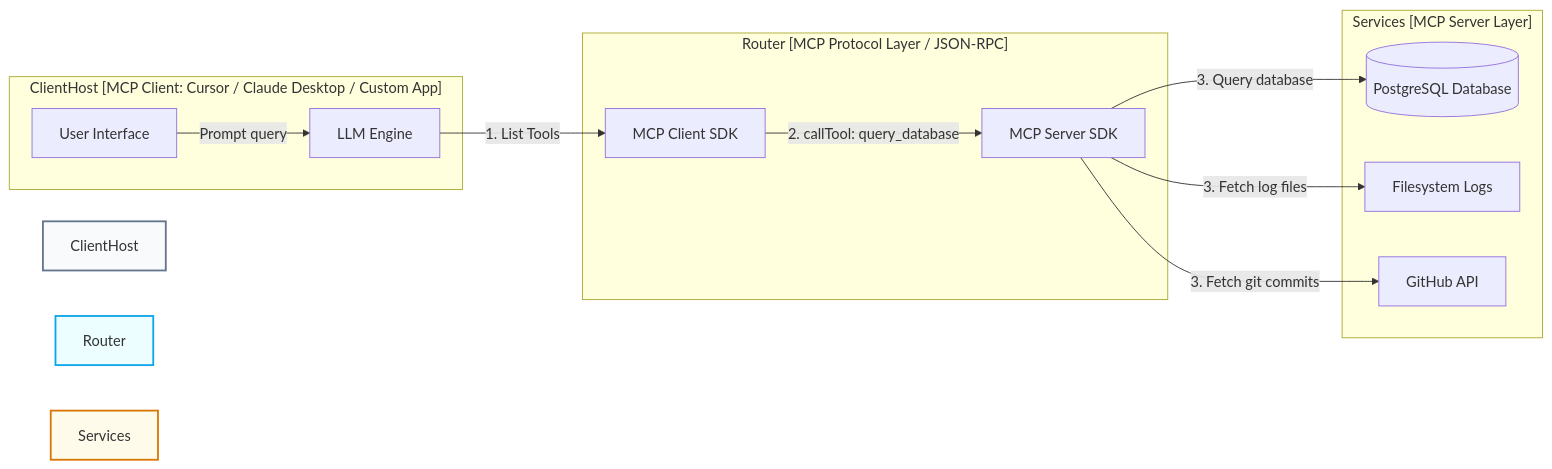
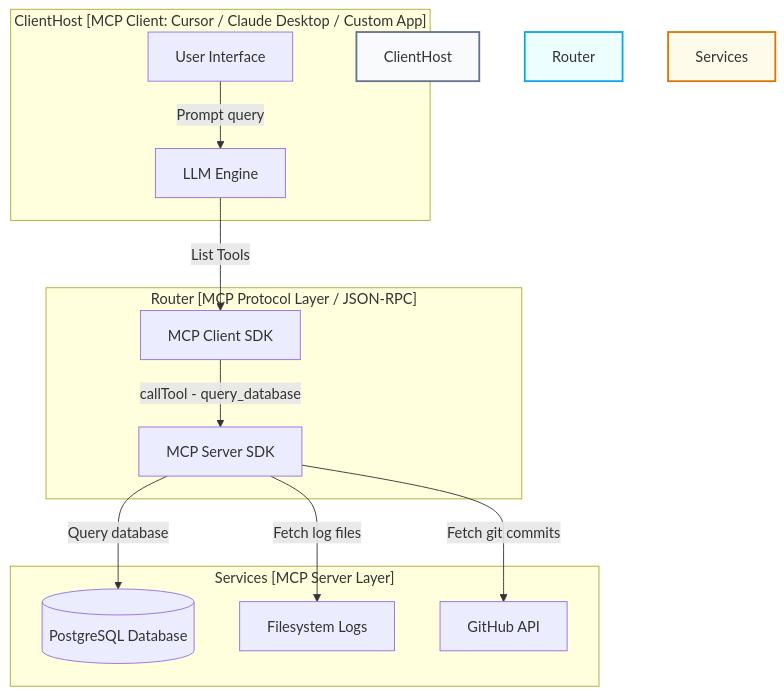
Before and after one commit to akmalkhaniub/akmalkhaniub.github.io: the diagram in blog/posts/model-context-protocol-mcp-usb-c.md, drawn with Mermaid. The commit also changed 411 other files, not shown here.

````diff
--- a/blog/posts/model-context-protocol-mcp-usb-c.md
+++ b/blog/posts/model-context-protocol-mcp-usb-c.md
@@ -24,21 +24,21 @@
 ```mermaid
-graph LR
+flowchart TD
     subgraph SG1_ClienthostMcpClient ["ClientHost [MCP Client: Cursor / Claude Desktop / Custom App]"]
         User[User Interface] -->|Prompt query| ModelEngine[LLM Engine]
     end
 
     subgraph SG2_RouterMcpProtocol ["Router [MCP Protocol Layer / JSON-RPC]"]
-        ModelEngine -->|1. List Tools| MCPClient[MCP Client SDK]
-        MCPClient -->|2. callTool: query_database| MCPServer[MCP Server SDK]
+        ModelEngine -->|List Tools| MCPClient[MCP Client SDK]
+        MCPClient -->|callTool - query_database| MCPServer[MCP Server SDK]
     end
 
     subgraph SG3_ServicesMcpServer ["Services [MCP Server Layer]"]
-        MCPServer -->|3. Query database| DB[(PostgreSQL Database)]
-        MCPServer -->|3. Fetch log files| FS[Filesystem Logs]
-        MCPServer -->|3. Fetch git commits| Git[GitHub API]
+        MCPServer -->|Query database| DB[(PostgreSQL Database)]
+        MCPServer -->|Fetch log files| FS[Filesystem Logs]
+        MCPServer -->|Fetch git commits| Git[GitHub API]
     end
 
     style ClientHost fill:#f8fafc,stroke:#64748b,stroke-width:2px
     style Router fill:#ecfeff,stroke:#0ea5e9,stroke-width:2px
     style Services fill:#fffbeb,stroke:#d97706,stroke-width:2px
 ```
````
